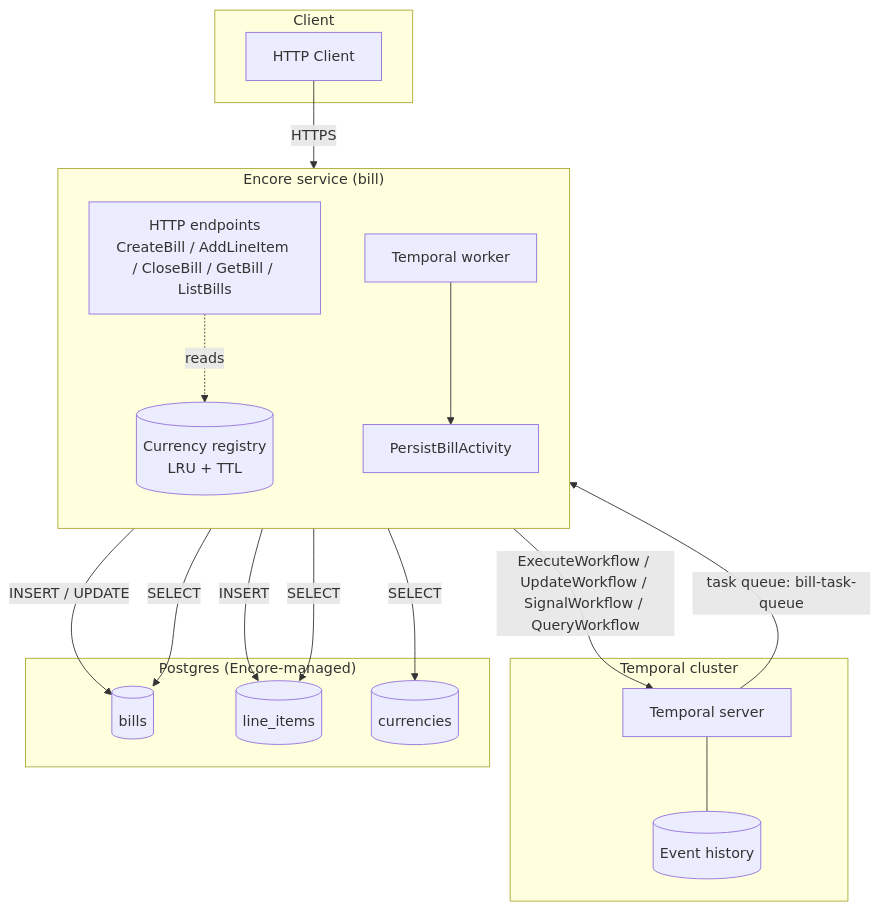
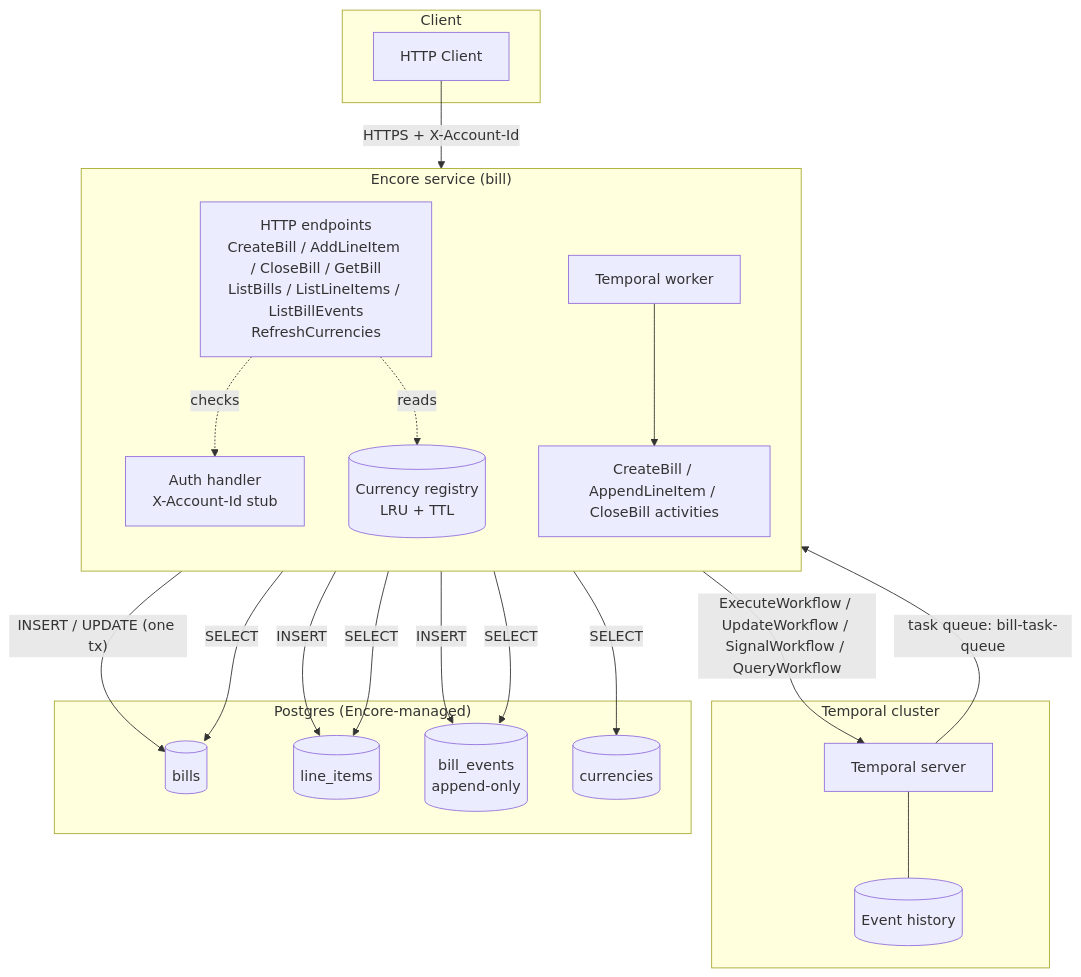
One commit to gabrielleeyj/redesigned-disco changed the second of 3 diagrams in README.md. Above: the diagram before and after it, drawn with Mermaid. The commit also changed other lines of this file, not shown here.

Commit message:
docs: refresh README for phases 1-5

````diff
--- a/README.md
+++ b/README.md
@@ -45,37 +45,42 @@
 ```mermaid
 flowchart TB
   subgraph Client
     C[HTTP Client]
   end
 
   subgraph Encore["Encore service (bill)"]
     direction TB
-    EP[HTTP endpoints<br/>CreateBill / AddLineItem / CloseBill / GetBill / ListBills]
+    EP[HTTP endpoints<br/>CreateBill / AddLineItem / CloseBill / GetBill<br/>ListBills / ListLineItems / ListBillEvents<br/>RefreshCurrencies]
+    AUTH[Auth handler<br/>X-Account-Id stub]
     REG[(Currency registry<br/>LRU + TTL)]
     WK[Temporal worker]
-    ACT[PersistBillActivity]
+    ACTS[CreateBill / AppendLineItem / CloseBill activities]
+    EP -.checks.-> AUTH
     EP -.reads.-> REG
-    WK --> ACT
+    WK --> ACTS
   end
 
   subgraph Temporal["Temporal cluster"]
     SVR[Temporal server]
     HIST[(Event history)]
     SVR --- HIST
   end
 
   subgraph Postgres["Postgres (Encore-managed)"]
     BIL[(bills)]
     LI[(line_items)]
+    EV[(bill_events<br/>append-only)]
     CUR[(currencies)]
   end
 
-  C -- HTTPS --> EP
+  C -- HTTPS + X-Account-Id --> EP
   EP -- ExecuteWorkflow / UpdateWorkflow / SignalWorkflow / QueryWorkflow --> SVR
   SVR -- task queue: bill-task-queue --> WK
-  ACT -- INSERT / UPDATE --> BIL
-  ACT -- INSERT --> LI
+  ACTS -- INSERT / UPDATE (one tx) --> BIL
+  ACTS -- INSERT --> LI
+  ACTS -- INSERT --> EV
   REG -- SELECT --> CUR
   EP -- SELECT --> BIL
   EP -- SELECT --> LI
+  EP -- SELECT --> EV
 ```
````
